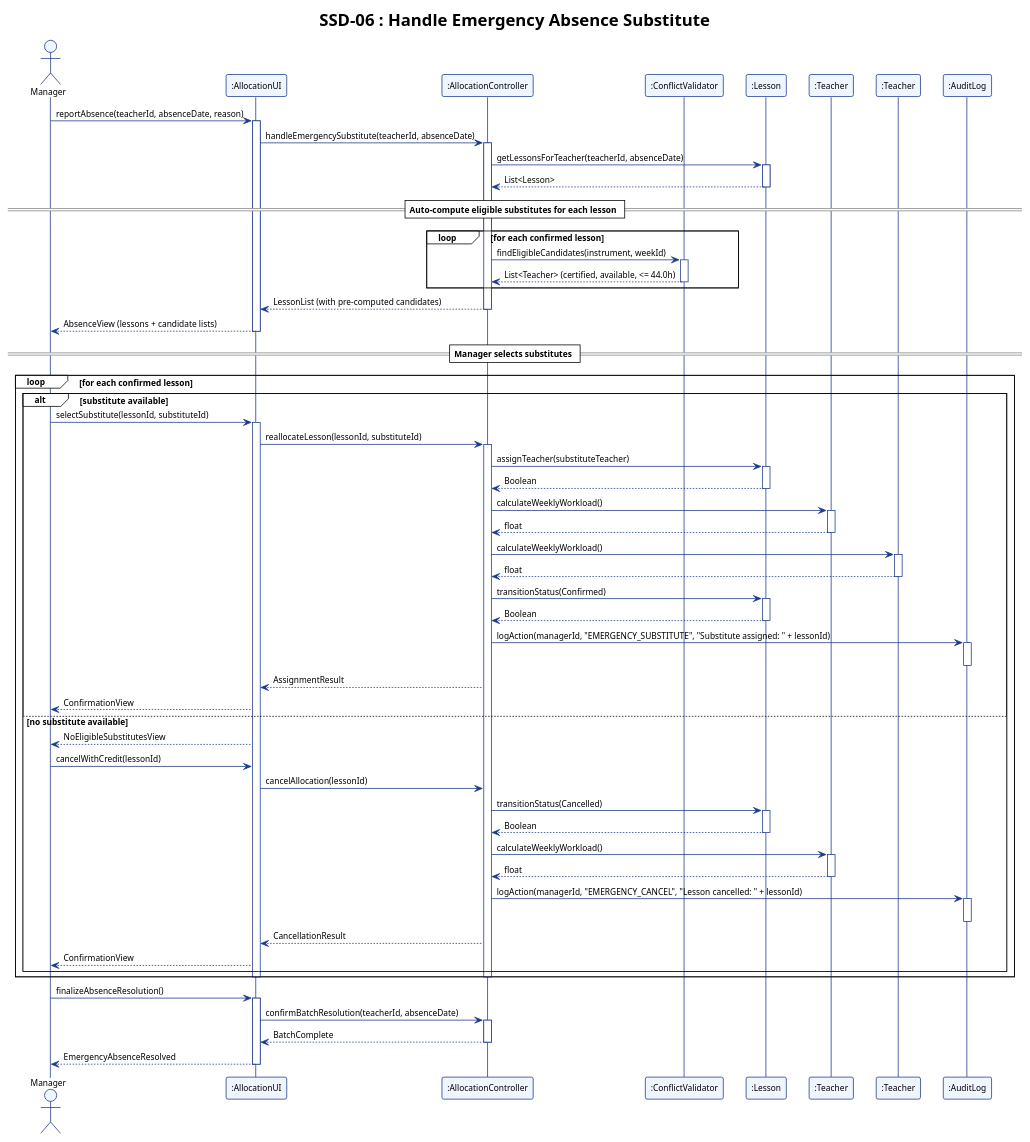
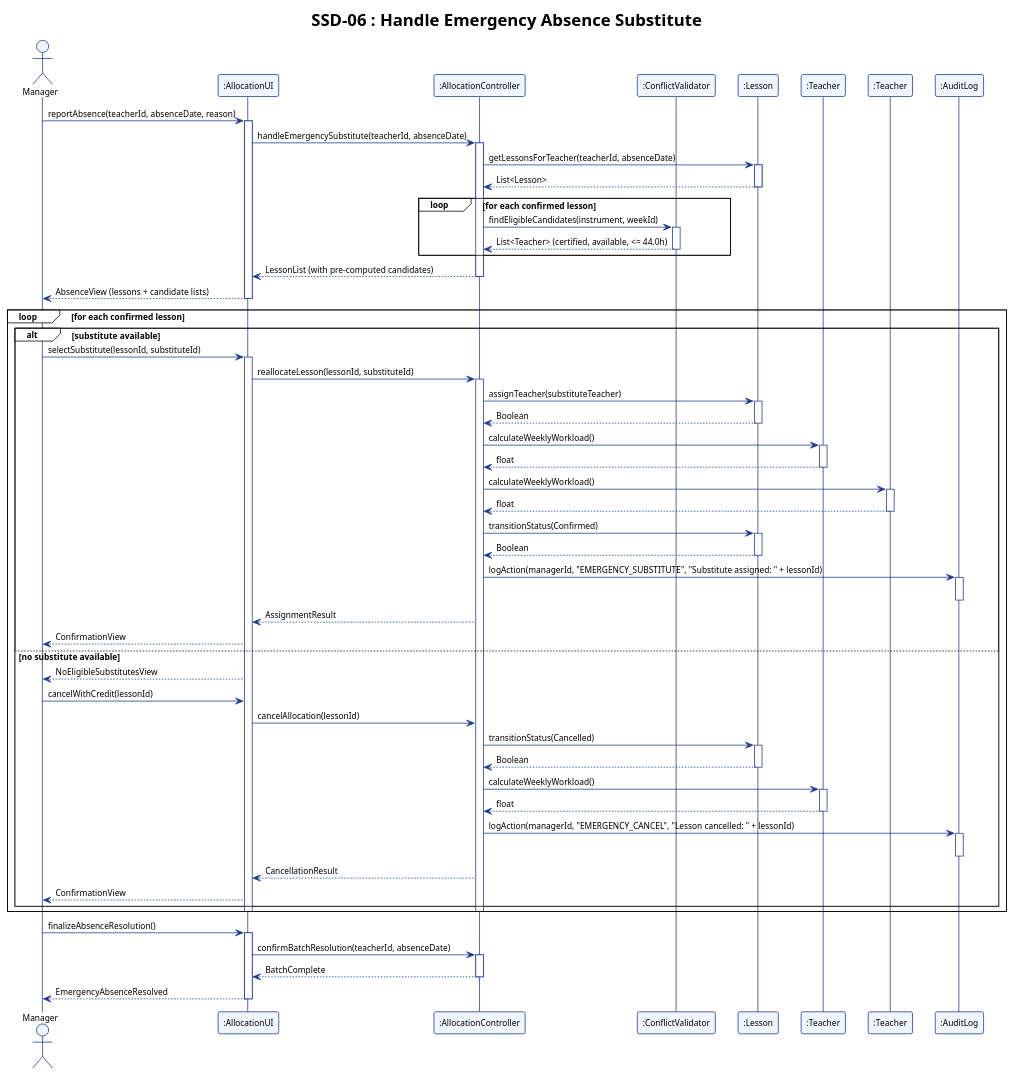
The diagram in report/assets/ssd_06.puml (adoreblvnk/2001temp), drawn with PlantUML before and after one commit. The commit also changed 12 other files, not shown here.

First line of the commit message:
fix(diagrams): strip UML divider separators from sequence diagrams

```diff
--- a/report/assets/ssd_06.puml
+++ b/report/assets/ssd_06.puml
@@ -1,113 +1,111 @@
 @startuml ssd_06
 !theme plain
 skinparam shadowing false
 skinparam defaultFontName "Helvetica", "Arial", sans-serif
 skinparam defaultFontSize 11
 skinparam sequence {
     ParticipantBorderColor #1E3A8A
     ParticipantBackgroundColor #EFF6FF
     LifeLineBorderColor #1E3A8A
     LifeLineBackgroundColor #FFFFFF
     ArrowColor #1E3A8A
     ActorBorderColor #1E3A8A
     ActorBackgroundColor #EFF6FF
 }
 
 title SSD-06 : Handle Emergency Absence Substitute
 
 actor Manager
 participant ":AllocationUI" as AllocationUI
 participant ":AllocationController" as AllocationController
 participant ":ConflictValidator" as ConflictValidator
 participant ":Lesson" as Lesson
 participant ":Teacher" as AbsentTeacher
 participant ":Teacher" as SubstituteTeacher
 participant ":AuditLog" as AuditLog
 
 Manager -> AllocationUI : reportAbsence(teacherId, absenceDate, reason)
 activate AllocationUI
 AllocationUI -> AllocationController : handleEmergencySubstitute(teacherId, absenceDate)
 activate AllocationController
 
 AllocationController -> Lesson : getLessonsForTeacher(teacherId, absenceDate)
 activate Lesson
 Lesson --> AllocationController : List<Lesson>
 deactivate Lesson
 
-== Auto-compute eligible substitutes for each lesson ==
 
 loop for each confirmed lesson
     AllocationController -> ConflictValidator : findEligibleCandidates(instrument, weekId)
     activate ConflictValidator
     ConflictValidator --> AllocationController : List<Teacher> (certified, available, <= 44.0h)
     deactivate ConflictValidator
 end
 
 AllocationController --> AllocationUI : LessonList (with pre-computed candidates)
 deactivate AllocationController
 AllocationUI --> Manager : AbsenceView (lessons + candidate lists)
 deactivate AllocationUI
 
-== Manager selects substitutes ==
 
 loop for each confirmed lesson
     alt substitute available
         Manager -> AllocationUI : selectSubstitute(lessonId, substituteId)
         activate AllocationUI
         AllocationUI -> AllocationController : reallocateLesson(lessonId, substituteId)
         activate AllocationController
         AllocationController -> Lesson : assignTeacher(substituteTeacher)
         activate Lesson
         Lesson --> AllocationController : Boolean
         deactivate Lesson
         AllocationController -> AbsentTeacher : calculateWeeklyWorkload()
         activate AbsentTeacher
         AbsentTeacher --> AllocationController : float
         deactivate AbsentTeacher
         AllocationController -> SubstituteTeacher : calculateWeeklyWorkload()
         activate SubstituteTeacher
         SubstituteTeacher --> AllocationController : float
         deactivate SubstituteTeacher
         AllocationController -> Lesson : transitionStatus(Confirmed)
         activate Lesson
         Lesson --> AllocationController : Boolean
         deactivate Lesson
         AllocationController -> AuditLog : logAction(managerId, "EMERGENCY_SUBSTITUTE", "Substitute assigned: " + lessonId)
         activate AuditLog
         deactivate AuditLog
         AllocationController --> AllocationUI : AssignmentResult
         AllocationUI --> Manager : ConfirmationView
     else no substitute available
         AllocationUI --> Manager : NoEligibleSubstitutesView
 
         Manager -> AllocationUI : cancelWithCredit(lessonId)
         AllocationUI -> AllocationController : cancelAllocation(lessonId)
         AllocationController -> Lesson : transitionStatus(Cancelled)
         activate Lesson
         Lesson --> AllocationController : Boolean
         deactivate Lesson
         AllocationController -> AbsentTeacher : calculateWeeklyWorkload()
         activate AbsentTeacher
         AbsentTeacher --> AllocationController : float
         deactivate AbsentTeacher
         AllocationController -> AuditLog : logAction(managerId, "EMERGENCY_CANCEL", "Lesson cancelled: " + lessonId)
         activate AuditLog
         deactivate AuditLog
         AllocationController --> AllocationUI : CancellationResult
         AllocationUI --> Manager : ConfirmationView
     end
 
     deactivate AllocationController
     deactivate AllocationUI
 end
 
 Manager -> AllocationUI : finalizeAbsenceResolution()
 activate AllocationUI
 AllocationUI -> AllocationController : confirmBatchResolution(teacherId, absenceDate)
 activate AllocationController
 AllocationController --> AllocationUI : BatchComplete
 deactivate AllocationController
 AllocationUI --> Manager : EmergencyAbsenceResolved
 deactivate AllocationUI
 
 @enduml
```
